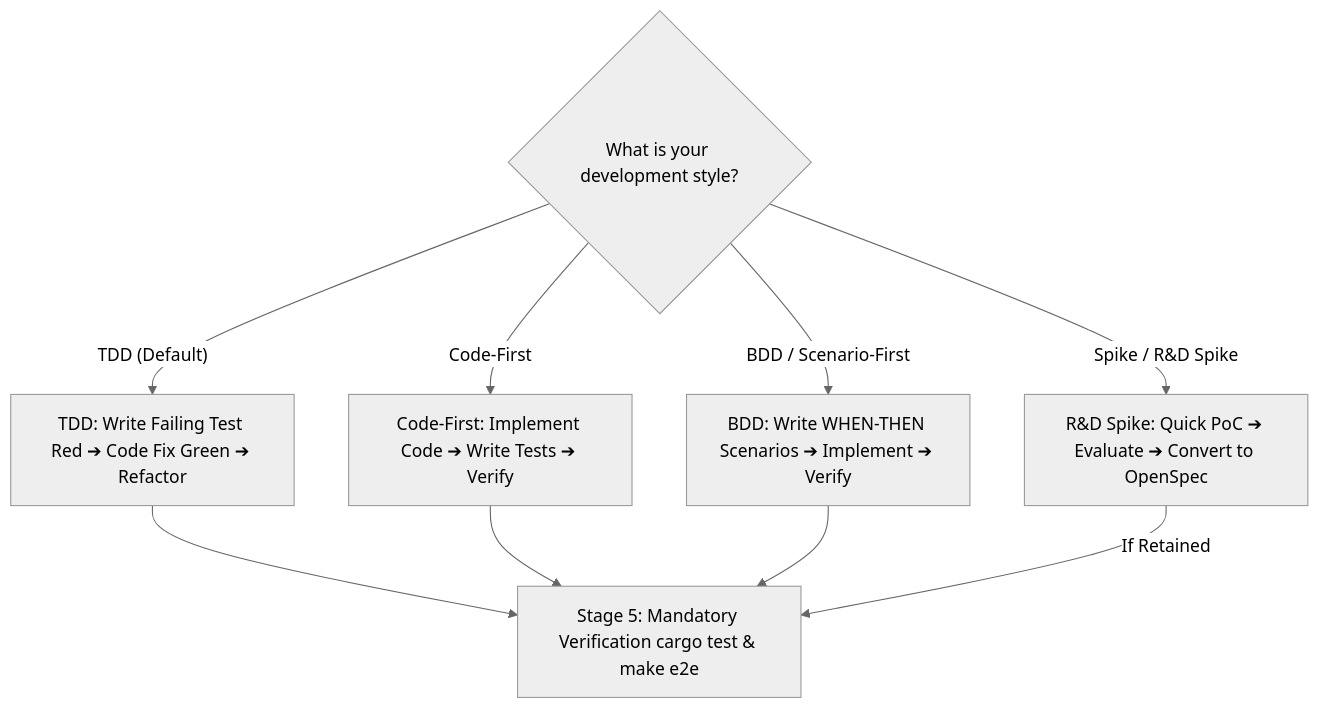
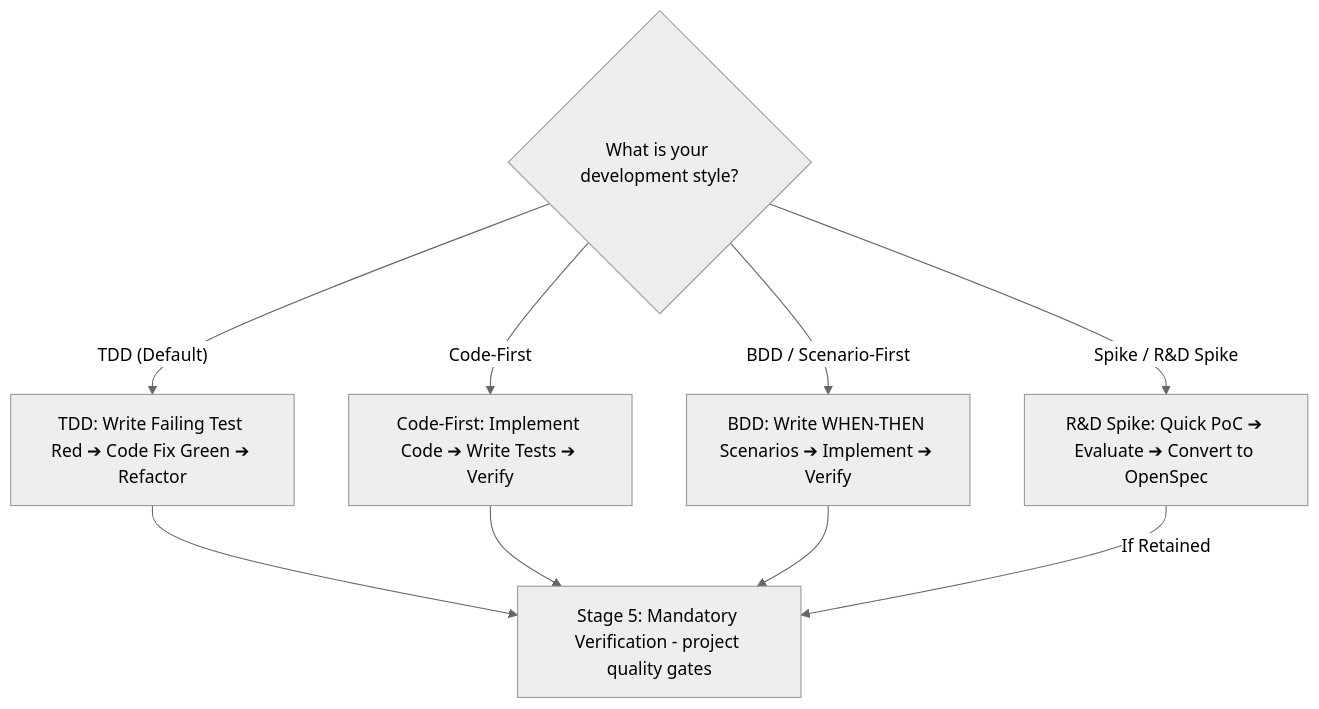
One commit to mastepanoski/ce-ai changed the seventh of 9 diagrams in docs/user-guide/quick-start-workflow-guide.md. Above: the diagram before and after it, drawn with Mermaid (neutral theme). The commit also changed other lines of this file and 8 other files, not shown here.

First line of the commit message:
docs: make Stage 5 language-agnostic and correct harness-count claims

````diff
--- a/docs/user-guide/quick-start-workflow-guide.md
+++ b/docs/user-guide/quick-start-workflow-guide.md
@@ -254,13 +254,13 @@
 ```mermaid
 flowchart TD
     CHOICE{"What is your development style?"}
     CHOICE -->|"TDD (Default)"| TDD["TDD: Write Failing Test Red ➔ Code Fix Green ➔ Refactor"]
     CHOICE -->|"Code-First"| CODE_FIRST["Code-First: Implement Code ➔ Write Tests ➔ Verify"]
     CHOICE -->|"BDD / Scenario-First"| BDD["BDD: Write WHEN-THEN Scenarios ➔ Implement ➔ Verify"]
     CHOICE -->|"Spike / R&D Spike"| SPIKE["R&D Spike: Quick PoC ➔ Evaluate ➔ Convert to OpenSpec"]
 
-    TDD --> GATE["Stage 5: Mandatory Verification cargo test & make e2e"]
+    TDD --> GATE["Stage 5: Mandatory Verification - project quality gates"]
     CODE_FIRST --> GATE
     BDD --> GATE
     SPIKE -->|"If Retained"| GATE
 ```
````
